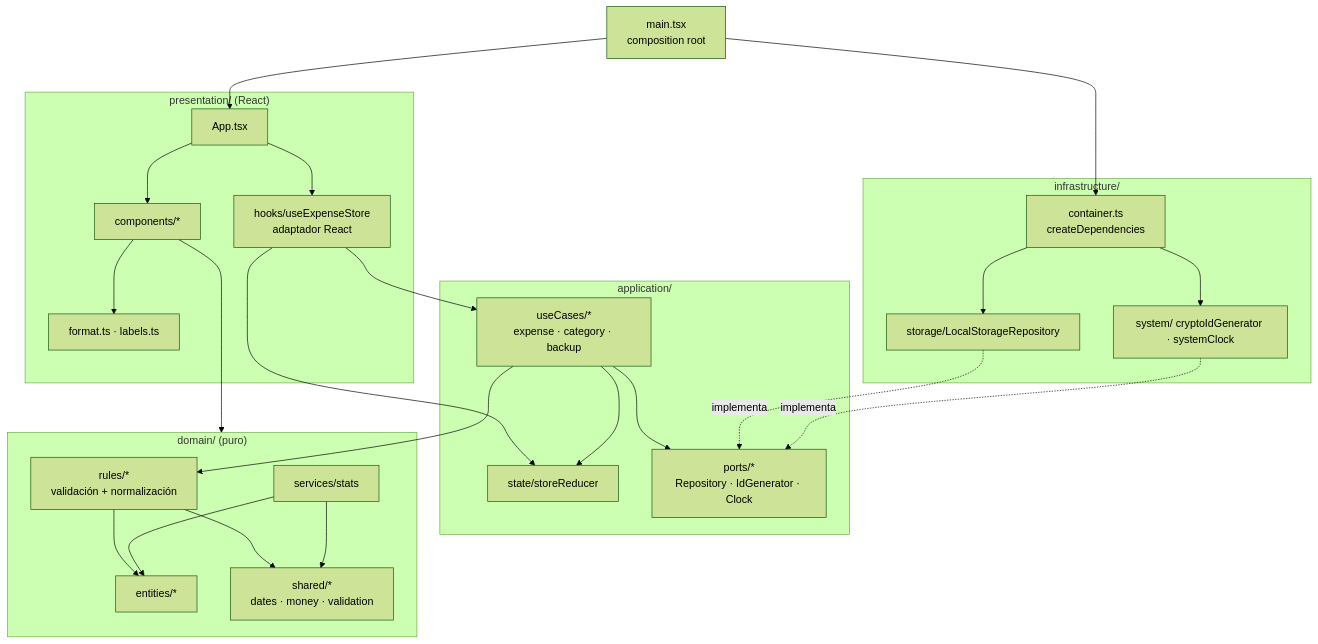
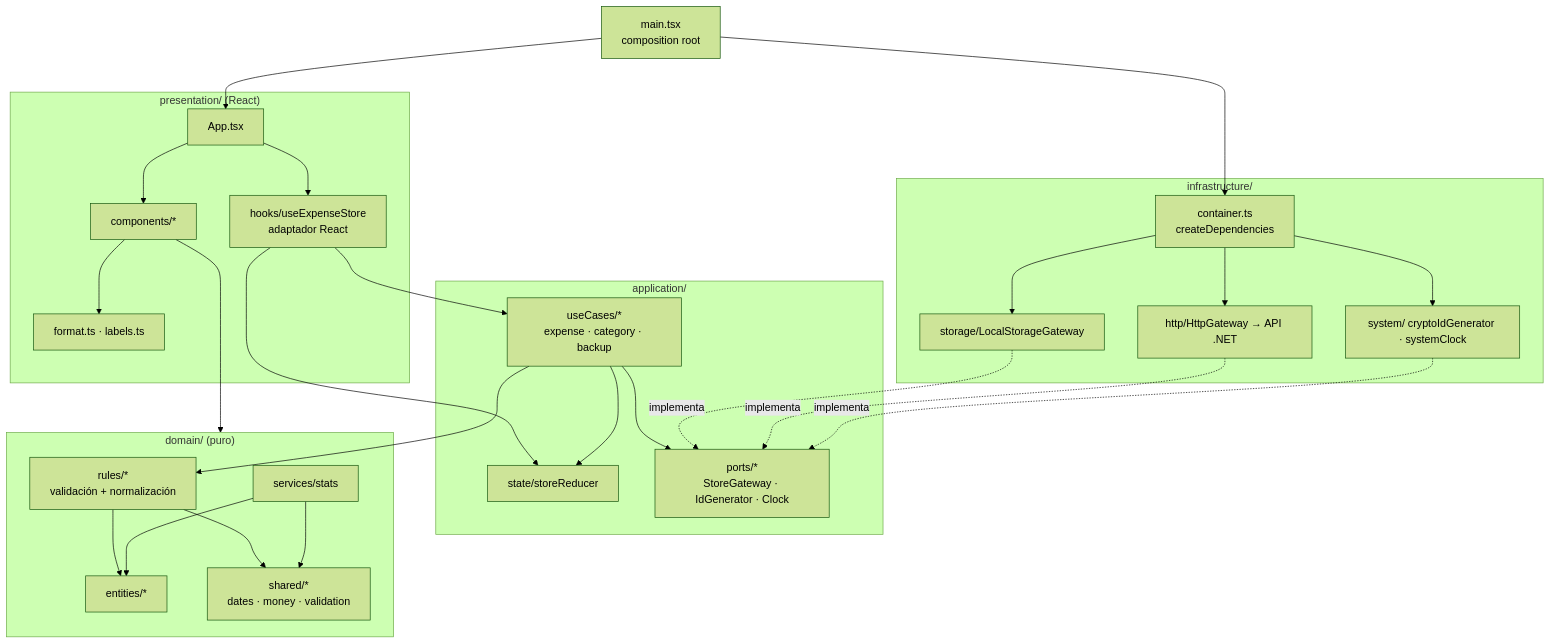
One commit to kevinsonalo/gastos-app changed the first of 2 diagrams in docs/ARQUITECTURA.md. Above: the diagram before and after it, drawn with Mermaid (forest theme). The commit also changed other lines of this file and 6 other files, not shown here.

Commit message:
docs: ADR-011 backend .NET y StoreGateway; README, guía, ficha, CLAUDE.md y bitácora actualizados

````diff
--- a/docs/ARQUITECTURA.md
+++ b/docs/ARQUITECTURA.md
@@ -30,42 +30,44 @@
 ```mermaid
 flowchart TD
     Main["main.tsx<br/>composition root"]
 
     subgraph P["presentation/ (React)"]
         App[App.tsx]
         Comp[components/*]
         Hook[hooks/useExpenseStore<br/>adaptador React]
         Fmt[format.ts · labels.ts]
     end
 
     subgraph A["application/"]
         UC[useCases/*<br/>expense · category · backup]
         St[state/storeReducer]
-        Ports[ports/*<br/>Repository · IdGenerator · Clock]
+        Ports[ports/*<br/>StoreGateway · IdGenerator · Clock]
     end
 
     subgraph D["domain/ (puro)"]
         Ent[entities/*]
         Rules[rules/*<br/>validación + normalización]
         Svc[services/stats]
         Sh[shared/*<br/>dates · money · validation]
     end
 
     subgraph I["infrastructure/"]
-        LSR[storage/LocalStorageRepository]
+        LSR[storage/LocalStorageGateway]
+        HTTP[http/HttpGateway → API .NET]
         Sys[system/ cryptoIdGenerator · systemClock]
         Cont[container.ts<br/>createDependencies]
     end
 
     Main --> Cont & App
     App --> Comp & Hook
     Comp --> Fmt
     Hook --> UC & St
     Comp --> D
     UC --> Rules & Ports & St
     Rules --> Ent & Sh
     Svc --> Ent & Sh
     LSR -. implementa .-> Ports
+    HTTP -. implementa .-> Ports
     Sys -. implementa .-> Ports
-    Cont --> LSR & Sys
+    Cont --> LSR & HTTP & Sys
 ```
````
